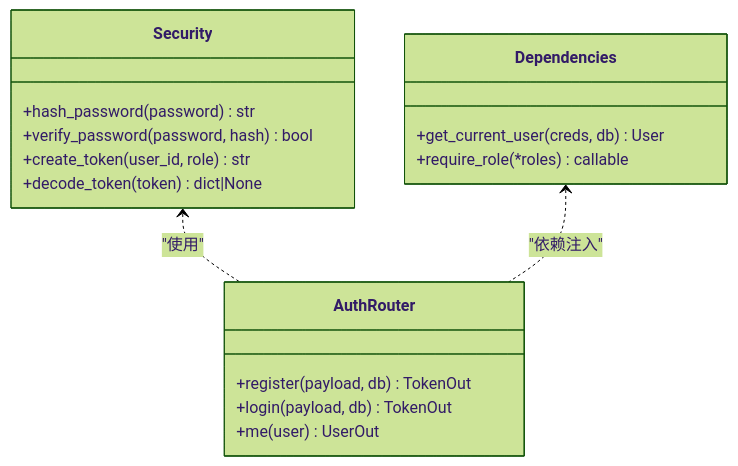
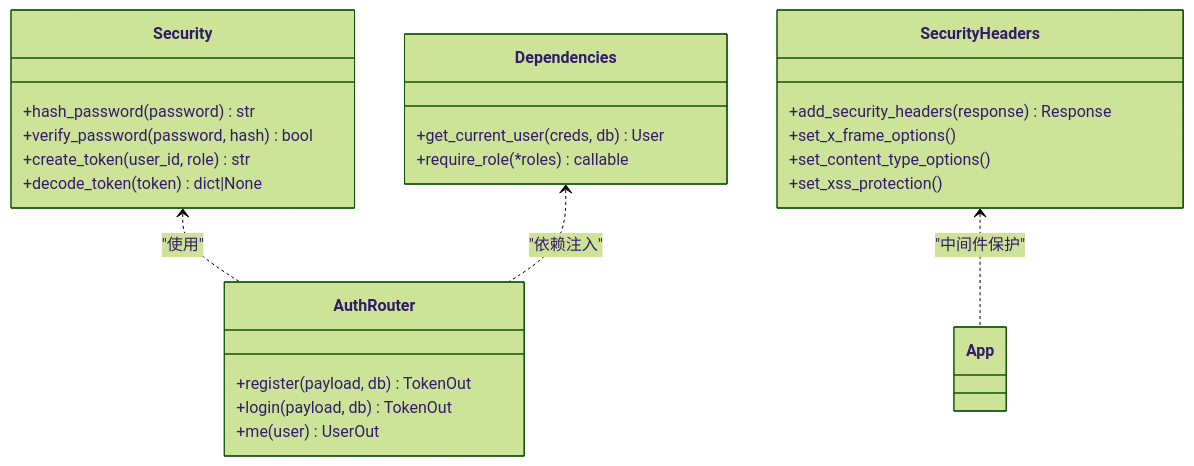
One commit to onebody/homework changed the fifth of 7 diagrams in .qoder/repowiki/zh/content/暑假作业打卡系统/后端服务架构/FastAPI应用核心.md. Above: the diagram before and after it, drawn with Mermaid (forest theme). The commit also changed other lines of this file and 14 other files, not shown here.

````diff
--- a/.qoder/repowiki/zh/content/暑假作业打卡系统/后端服务架构/FastAPI应用核心.md
+++ b/.qoder/repowiki/zh/content/暑假作业打卡系统/后端服务架构/FastAPI应用核心.md
@@ -364,20 +384,27 @@
 ```mermaid
 classDiagram
 class Security {
 +hash_password(password) str
 +verify_password(password, hash) bool
 +create_token(user_id, role) str
 +decode_token(token) dict|None
 }
 class Dependencies {
 +get_current_user(creds, db) User
 +require_role(*roles) callable
 }
 class AuthRouter {
 +register(payload, db) TokenOut
 +login(payload, db) TokenOut
 +me(user) UserOut
 }
+class SecurityHeaders {
++add_security_headers(response) Response
++set_x_frame_options()
++set_content_type_options()
++set_xss_protection()
+}
 Security <.. AuthRouter : "使用"
 Dependencies <.. AuthRouter : "依赖注入"
+SecurityHeaders <.. App : "中间件保护"
 ```
````
